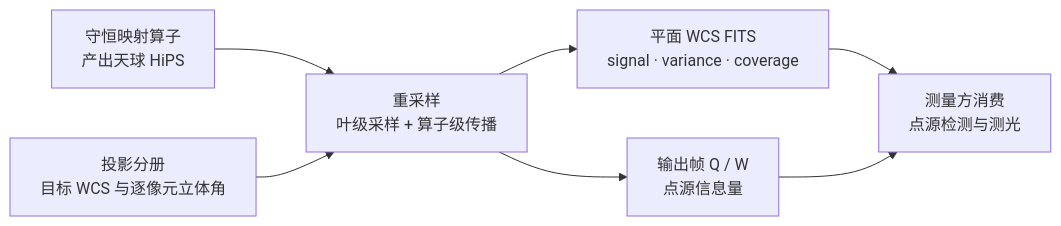
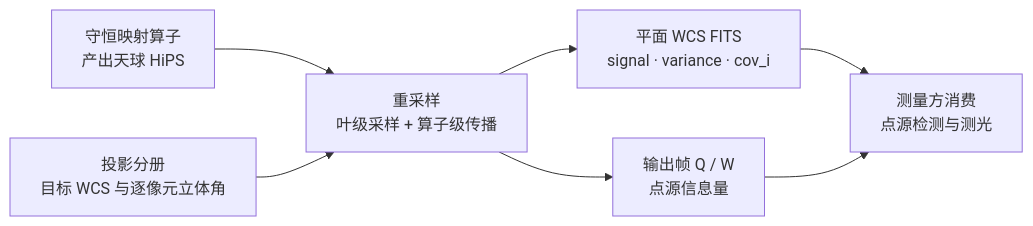
The diagram in docs/science/resample/RESAMPLE.md (fujiaze/Astro-CS-Database), drawn with Mermaid before and after one commit. The commit also changed other lines of this file and 100 other files, not shown here.

````diff
--- a/docs/science/resample/RESAMPLE.md
+++ b/docs/science/resample/RESAMPLE.md
@@ -284,9 +325,9 @@
 ```mermaid
 flowchart LR
     DZ["守恒映射算子<br/>产出天球 HiPS"] --> RS["重采样<br/>叶级采样 + 算子级传播"]
     PR["投影分册<br/>目标 WCS 与逐像元立体角"] --> RS
-    RS --> FIT["平面 WCS FITS<br/>signal · variance · coverage"]
+    RS --> FIT["平面 WCS FITS<br/>signal · variance · cov_i"]
     RS --> QW["输出帧 Q / W<br/>点源信息量"]
     FIT --> AC["测量方消费<br/>点源检测与测光"]
     QW --> AC
 ```
````
